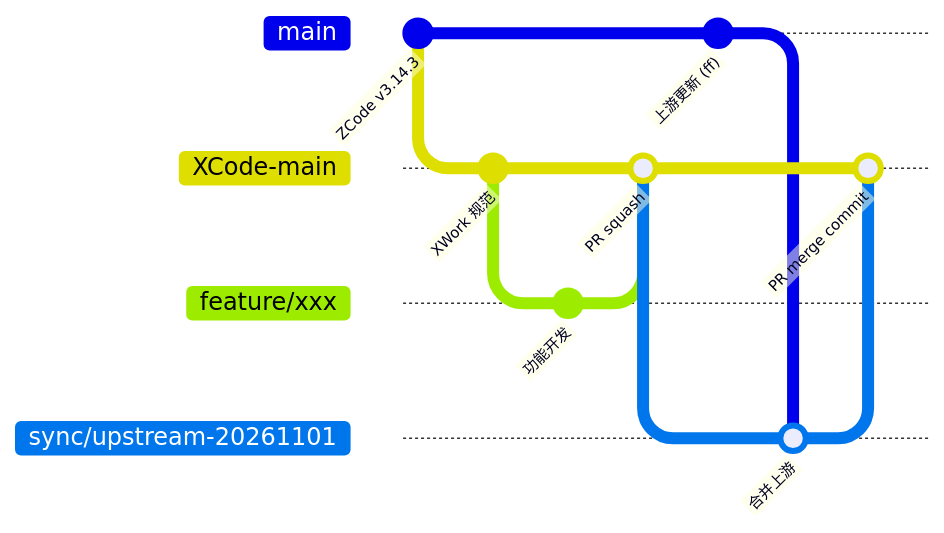
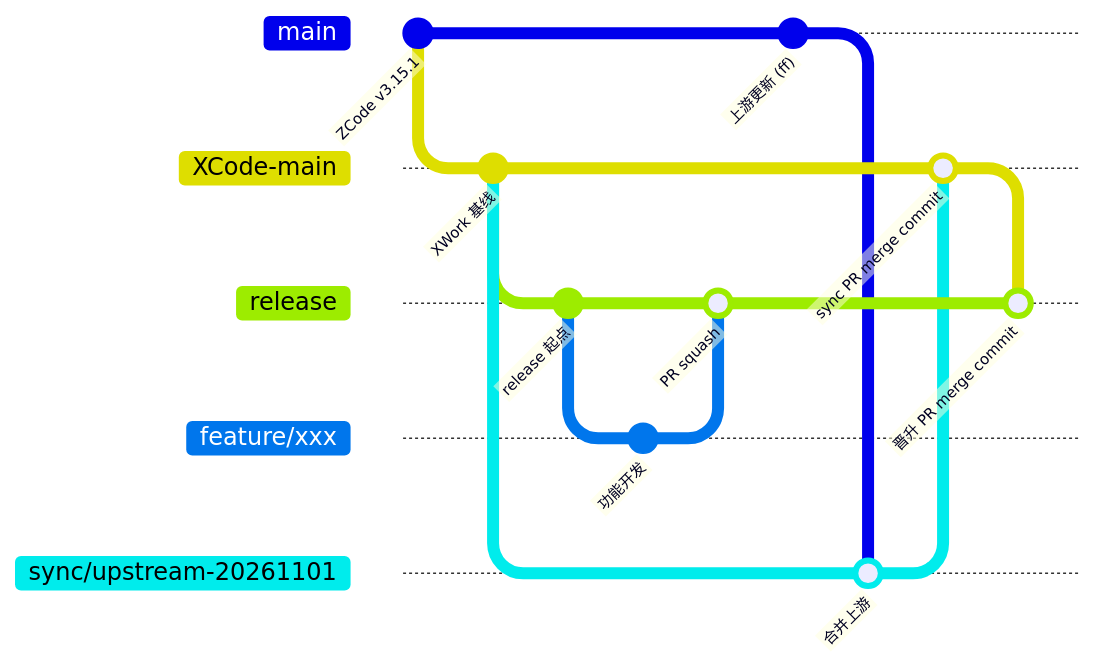
Before and after one commit to 978655242/XCode: the diagram in docs/xcode/BRANCHING.md, drawn with Mermaid. The commit also changed other lines of this file and 7 other files, not shown here.

First line of the commit message:
chore(branching): make release the product trunk, XCode-main the upstream sync branch

````diff
--- a/docs/xcode/BRANCHING.md
+++ b/docs/xcode/BRANCHING.md
@@ -22,17 +24,21 @@
 ```mermaid
 gitGraph
-  commit id: "ZCode v3.14.3"
+  commit id: "ZCode v3.15.1"
   branch XCode-main
-  commit id: "XWork 规范"
+  commit id: "XWork 基线"
+  branch release
+  commit id: "release 起点"
   branch feature/xxx
   commit id: "功能开发"
-  checkout XCode-main
+  checkout release
   merge feature/xxx id: "PR squash"
   checkout main
   commit id: "上游更新 (ff)"
   checkout XCode-main
   branch sync/upstream-20261101
   merge main id: "合并上游"
   checkout XCode-main
-  merge sync/upstream-20261101 id: "PR merge commit"
+  merge sync/upstream-20261101 id: "sync PR merge commit"
+  checkout release
+  merge XCode-main id: "晋升 PR merge commit"
 ```
````
